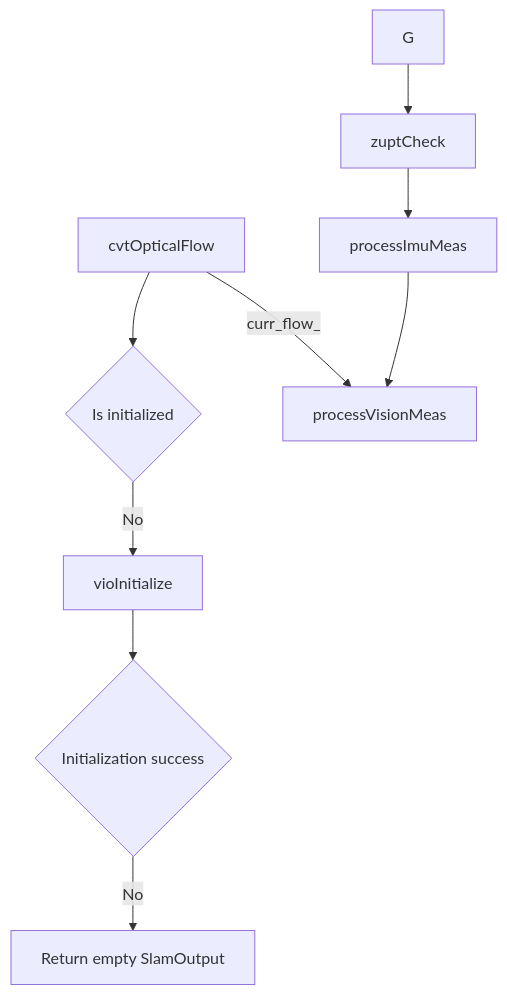
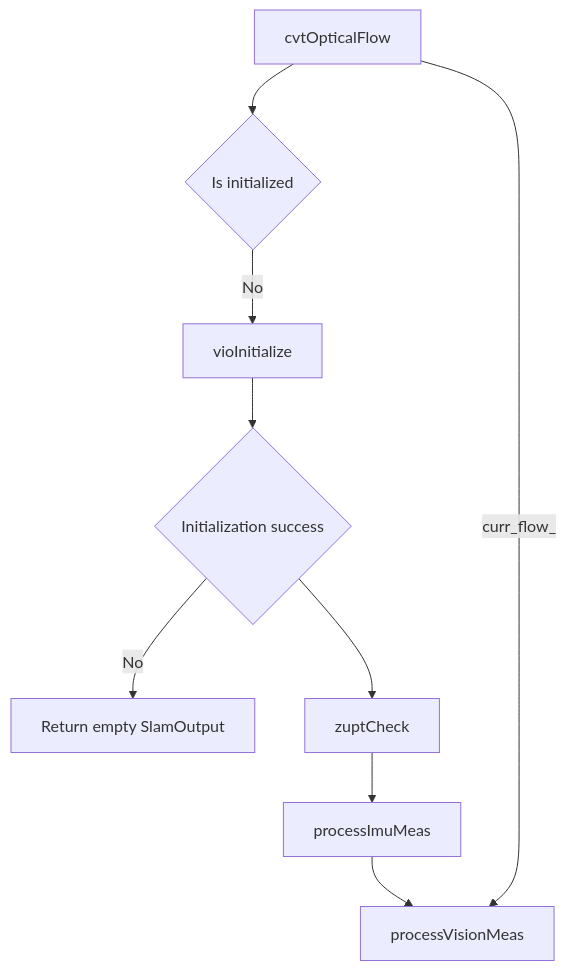
Before and after one commit to huzixuan1/iodraw-files: the diagram in all/未命名-4.md, drawn with Mermaid.

Commit message:
2025-04-24 18:07:13 update

````diff
--- a/all/未命名-4.md
+++ b/all/未命名-4.md
@@ -1,18 +1,18 @@
 ```mermaid
 graph TD
     B[cvtOpticalFlow]
     B --> C{Is initialized}
 
     C -- No --> D[vioInitialize]
     D --> E{Initialization success}
     E -- No --> F[Return empty SlamOutput]
     %% E -- Yes --> G[Set initialized = true]
-    
+    E -->
 
     H[zuptCheck]
 
-    G --> H
+    %% G --> H
     H --> I[processImuMeas]
     I --> J[processVisionMeas]
     B --curr_flow_--> J
 ```
````
